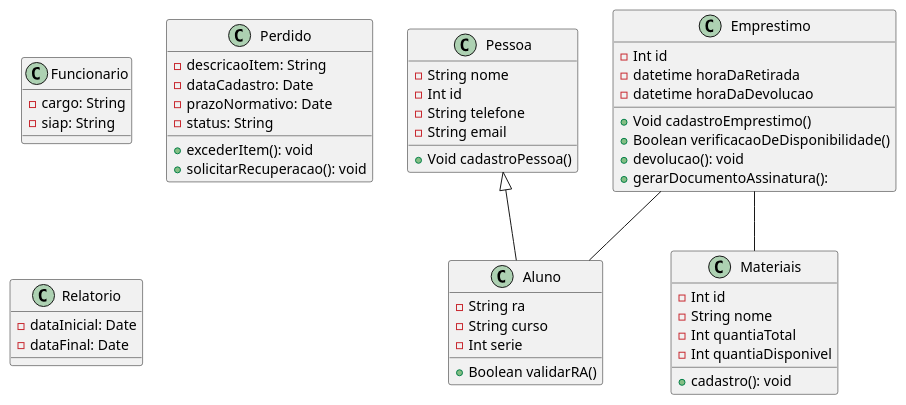
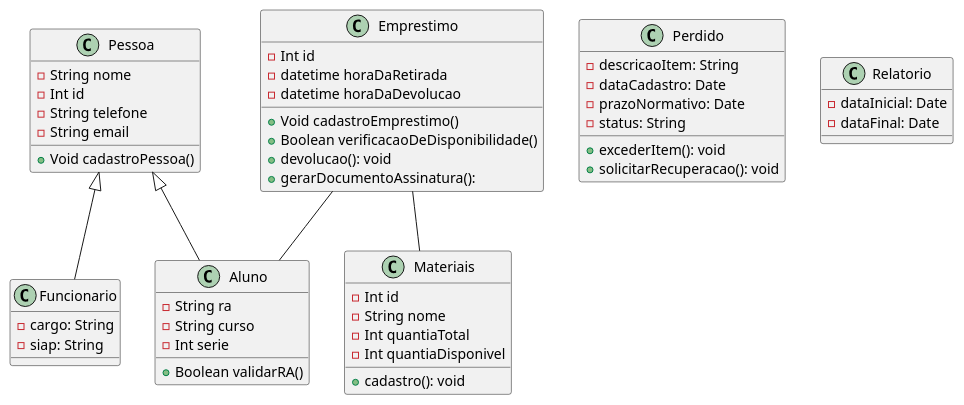
The diagram in diagramaDeClasse.puml (danielalvesmoura/APS-Compartilhado), drawn with PlantUML before and after one commit.

```diff
--- a/diagramaDeClasse.puml
+++ b/diagramaDeClasse.puml
@@ -1,67 +1,66 @@
 @startuml   
 
-class "Pessoa" as pes{
+class Pessoa { 
     -String nome
     -Int id
     -String telefone
     -String email
 
     +Void cadastroPessoa()
 }
  
-class "Aluno" as alu{
+class Aluno {
     -String ra
     -String curso
     -Int serie
 
     +Boolean validarRA()
 }
 
 class Funcionario {
     -cargo: String
     -siap: String
 }
 
-class "Materiais" as mat{
+class Materiais {
     -Int id
     -String nome
     -Int quantiaTotal
     -Int quantiaDisponivel
 
     +cadastro(): void
 }
 
-class "Emprestimo" as emp{
+class Emprestimo{
     -Int id
     -datetime horaDaRetirada
     -datetime horaDaDevolucao
 
     +Void cadastroEmprestimo()
     +Boolean verificacaoDeDisponibilidade()
     +devolucao(): void
     +gerarDocumentoAssinatura(): 
 }
 
 class Perdido {
     -descricaoItem: String
     -dataCadastro: Date
     -prazoNormativo: Date
     -status: String
     +excederItem(): void
     +solicitarRecuperacao(): void
 }
 
 class Relatorio {
     -dataInicial: Date
     -dataFinal: Date
 }
 
 
-
-
-pes <|-- alu
-emp -- mat
-emp -- alu
+Pessoa <|-- Aluno
+Pessoa <|-- Funcionario
+Emprestimo -- Materiais
+Emprestimo -- Aluno
 
 
 @enduml
```
